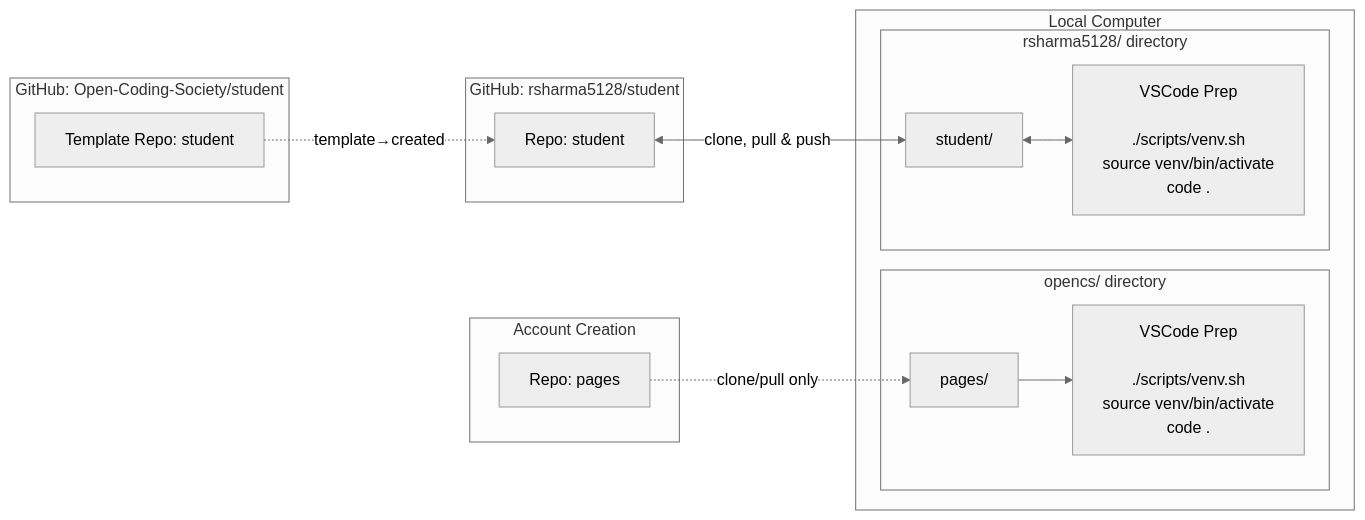
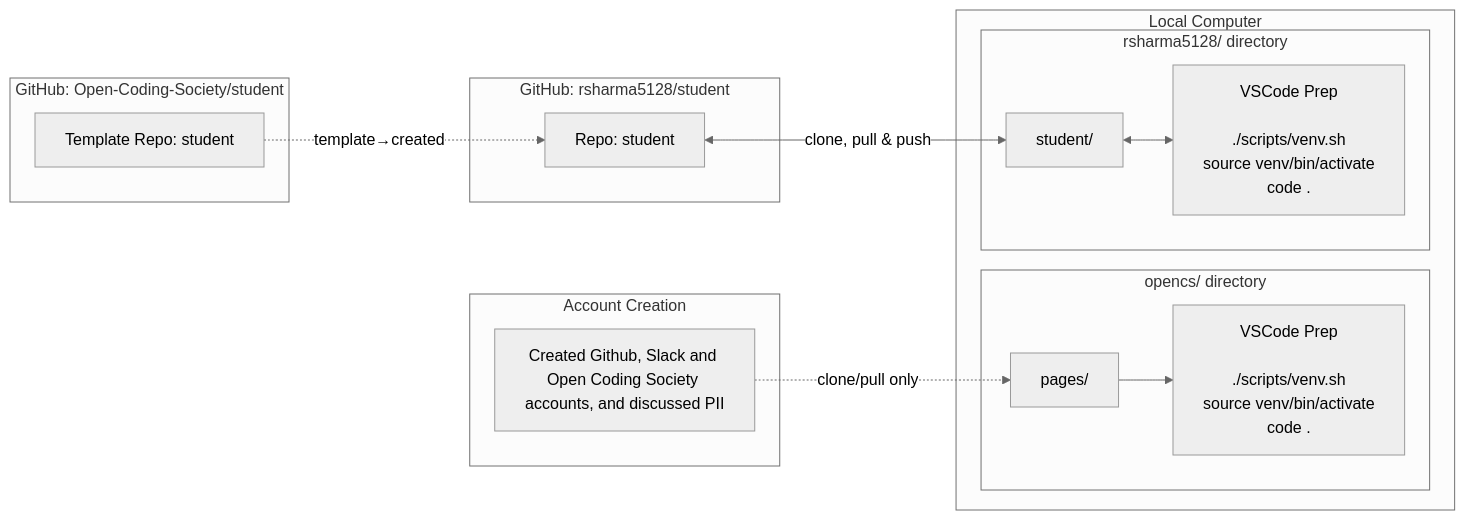
Before and after one commit to rsharma5128/student: the second of 2 diagrams in navigation/journey.md, drawn with Mermaid (neutral theme).

Commit message:
adding desc to account creation

````diff
--- a/navigation/journey.md
+++ b/navigation/journey.md
@@ -59,39 +59,39 @@
 ```mermaid
 flowchart LR
     %% GitHub Sources
     subgraph GitHub_Pages[Account Creation]
-        A[Repo: pages]:::repo
+        A[Created Github, Slack and Open Coding Society accounts, and discussed PII]:::repo
     end
 
     subgraph GitHub_Template[GitHub: Open-Coding-Society/student]
         T[Template Repo: student]:::repo
     end
 
     subgraph GitHub_Student[GitHub: rsharma5128/student]
         B[Repo: student]:::repo
     end
 
     %% Local Computer
     subgraph Local[Local Computer]
         subgraph opencs_dir[opencs/ directory]
             C[pages/]:::local
             Ccmd[VSCode Prep<br/><br/>./scripts/venv.sh<br/>source venv/bin/activate<br/>code .]:::cmd
         end
         subgraph user_dir[rsharma5128/ directory]
             D[student/]:::local
             Dcmd[VSCode Prep<br/><br/>./scripts/venv.sh<br/>source venv/bin/activate<br/>code .]:::cmd
         end
     end
 
     %% Arrows: cloning
     A -.->|clone/pull only| C
     B <--> |clone, pull & push| D
 
     %% Arrows: template relationship
     T -.->|template→created| B
 
     %% Arrows: commands
     C --> Ccmd
     D <--> Dcmd
 
 ```
````
